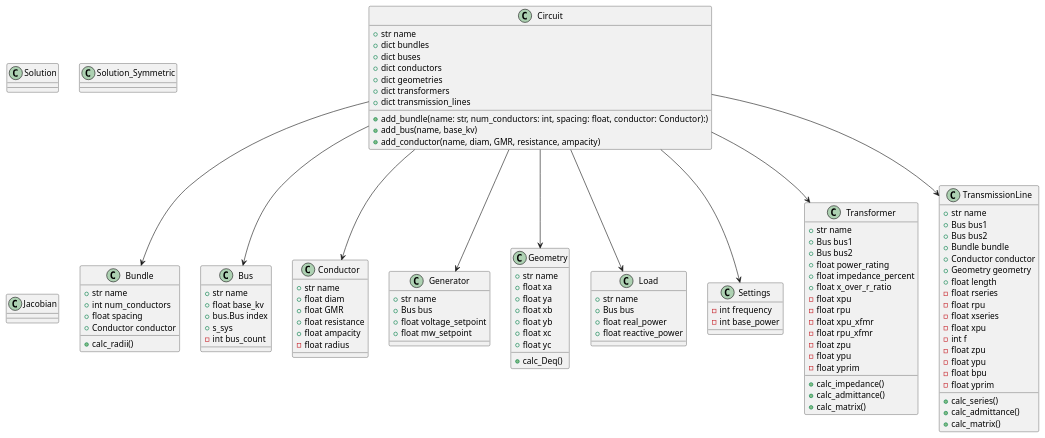
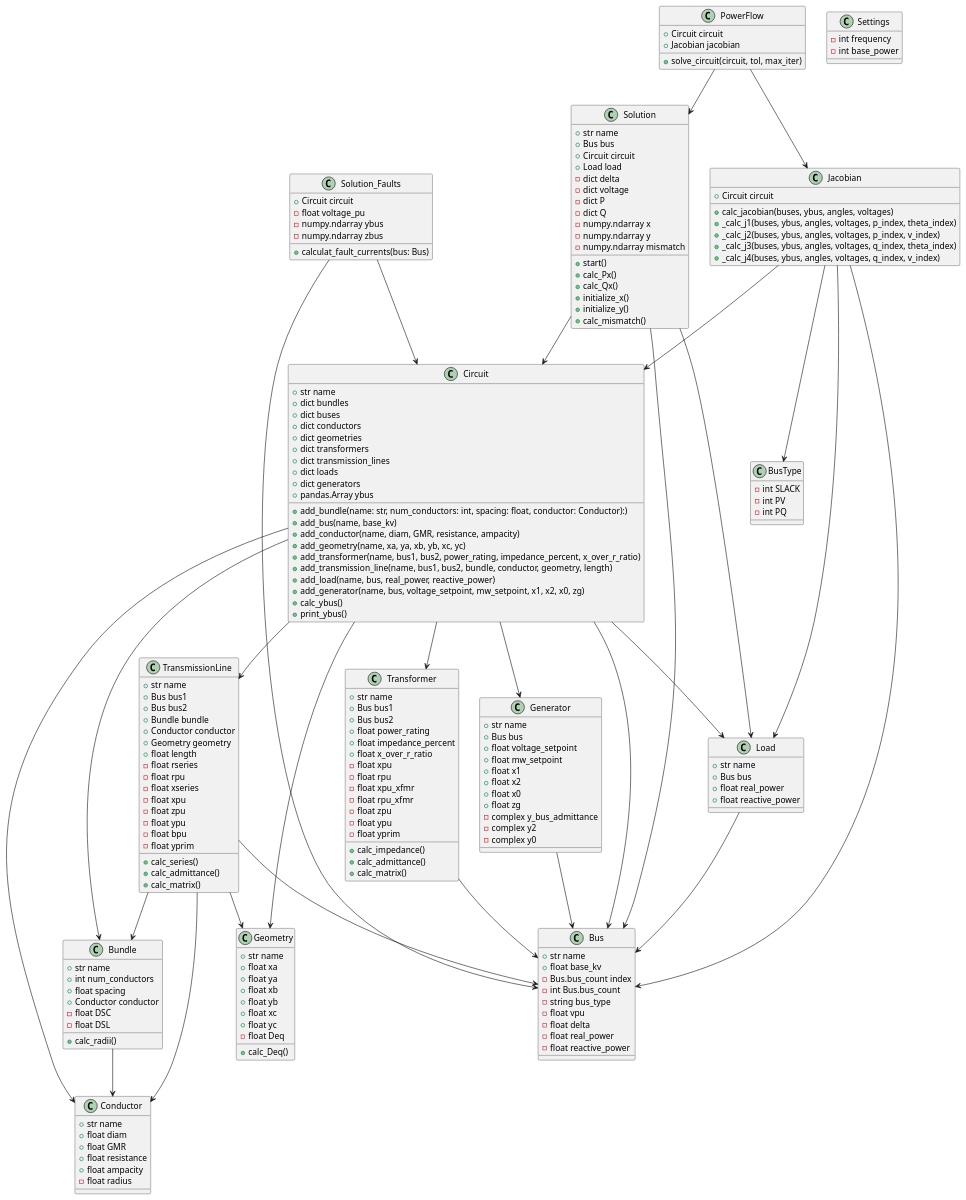
Before and after one commit to AJG184-Pitt/Project-3---GUI-Frontend: the diagram in circuit.puml, drawn with PlantUML. The commit also changed 25 other files, not shown here.

```diff
--- a/circuit.puml
+++ b/circuit.puml
@@ -7,10 +7,20 @@
     +dict geometries
     +dict transformers
     +dict transmission_lines
+    +dict loads
+    +dict generators
+    +pandas.Array ybus
 
     +add_bundle(name: str, num_conductors: int, spacing: float, conductor: Conductor):)
     +add_bus(name, base_kv)
     +add_conductor(name, diam, GMR, resistance, ampacity)
+    +add_geometry(name, xa, ya, xb, yb, xc, yc)
+    +add_transformer(name, bus1, bus2, power_rating, impedance_percent, x_over_r_ratio)
+    +add_transmission_line(name, bus1, bus2, bundle, conductor, geometry, length)
+    +add_load(name, bus, real_power, reactive_power)
+    +add_generator(name, bus, voltage_setpoint, mw_setpoint, x1, x2, x0, zg)
+    +calc_ybus()
+    +print_ybus()
 }
 
 class Bundle {
@@ -18,6 +28,8 @@
     +int num_conductors
     +float spacing
     +Conductor conductor
+    -float DSC
+    -float DSL
 
     +calc_radii()
 }
@@ -25,9 +37,13 @@
 class Bus {
     +str name
     +float base_kv
-    +bus.Bus index
-    +s_sys
-    -int bus_count
+    -Bus.bus_count index
+    -int Bus.bus_count
+    -string bus_type
+    -float vpu
+    -float delta
+    -float real_power
+    -float reactive_power
 }
 
 class Conductor {
@@ -39,13 +55,6 @@
     -float radius
 }
 
-class Generator {
-    +str name
-    +Bus bus
-    +float voltage_setpoint
-    +float mw_setpoint
-}
-
 class Geometry {
     +str name
     +float xa
@@ -54,20 +63,9 @@
     +float yb
     +float xc
     +float yc
+    -float Deq
 
     +calc_Deq()
-}
-
-class Load {
-    +str name
-    +Bus bus
-    +float real_power
-    +float reactive_power
-}
-
-class Settings {
-    -int frequency
-    -int base_power
 }
 
 class Transformer {
@@ -97,12 +95,11 @@
     +Bundle bundle
     +Conductor conductor 
     +Geometry geometry 
-    +float length
+    +float length    
     -float rseries
     -float rpu
     -float xseries
     -float xpu
-    -int f
     -float zpu
     -float ypu
     -float bpu
@@ -113,26 +110,120 @@
     +calc_matrix()
 }
 
-class Solution {
-
+class Load {
+    +str name
+    +Bus bus
+    +float real_power
+    +float reactive_power
 }
 
-class Solution_Symmetric {
+class Generator {
+    +str name
+    +Bus bus
+    +float voltage_setpoint
+    +float mw_setpoint
+    +float x1
+    +float x2
+    +float x0
+    +float zg
+    -complex y_bus_admittance
+    -complex y2
+    -complex y0
+}
 
+class Settings {
+    -int frequency
+    -int base_power
+}
+
+class Solution {
+    +str name
+    +Bus bus
+    +Circuit circuit
+    +Load load
+    -dict delta
+    -dict voltage
+    -dict P
+    -dict Q
+    -numpy.ndarray x
+    -numpy.ndarray y
+    -numpy.ndarray mismatch
+
+    +start()
+    +calc_Px()
+    +calc_Qx()
+    +initialize_x()
+    +initialize_y()
+    +calc_mismatch()
+}
+
+class Solution_Faults {
+    +Circuit circuit
+    -float voltage_pu
+    -numpy.ndarray ybus
+    -numpy.ndarray zbus
+
+    +calculat_fault_currents(bus: Bus)
+}
+
+class BusType {
+    -int SLACK
+    -int PV
+    -int PQ
 }
 
 class Jacobian {
-    
+    +Circuit circuit 
+
+    +calc_jacobian(buses, ybus, angles, voltages)
+    +_calc_j1(buses, ybus, angles, voltages, p_index, theta_index)
+    +_calc_j2(buses, ybus, angles, voltages, p_index, v_index)
+    +_calc_j3(buses, ybus, angles, voltages, q_index, theta_index)
+    +_calc_j4(buses, ybus, angles, voltages, q_index, v_index)
+}   
+
+class PowerFlow {
+    +Circuit circuit
+    +Jacobian jacobian
+
+    +solve_circuit(circuit, tol, max_iter)    
 }
 
 Circuit --> Bundle
 Circuit --> Bus
 Circuit --> Conductor
-Circuit --> Generator
 Circuit --> Geometry
-Circuit --> Load
-Circuit --> Settings
 Circuit --> Transformer
 Circuit --> TransmissionLine
+Circuit --> Load
+Circuit --> Generator
+
+Bundle --> Conductor
+
+Transformer --> Bus
+
+TransmissionLine --> Bus
+TransmissionLine --> Conductor
+TransmissionLine --> Geometry
+TransmissionLine --> Bundle
+
+Load --> Bus
+
+Generator --> Bus
+
+Solution --> Bus
+Solution --> Circuit
+Solution --> Load
+
+Solution_Faults --> Bus
+Solution_Faults --> Circuit
+
+Jacobian --> BusType
+Jacobian --> Circuit
+Jacobian --> Bus
+Jacobian --> Load
+
+PowerFlow --> Jacobian
+PowerFlow --> Solution
 
 @enduml
```
